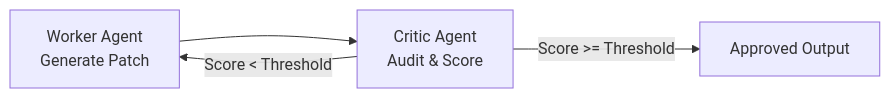
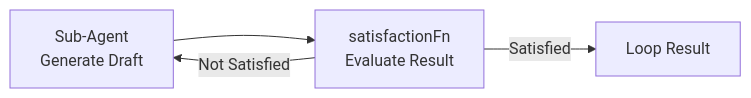
The diagram in apps/landing/content/docs/orchestration/iterative-refinement.mdx (irzix/nestjs-agentic), drawn with Mermaid before and after one commit. The commit also changed other lines of this file and 22 other files, not shown here.

````diff
--- a/apps/landing/content/docs/orchestration/iterative-refinement.mdx
+++ b/apps/landing/content/docs/orchestration/iterative-refinement.mdx
@@ -10,6 +10,6 @@
 ```mermaid
 flowchart LR
-    Worker[Worker Agent<br/>Generate Patch] --> Critic[Critic Agent<br/>Audit & Score]
-    Critic -- Score < Threshold --> Worker
-    Critic -- Score >= Threshold --> Done[Approved Output]
+    Worker[Sub-Agent<br/>Generate Draft] --> Check[satisfactionFn<br/>Evaluate Result]
+    Check -- Not Satisfied --> Worker
+    Check -- Satisfied --> Done[Loop Result]
 ```
````
